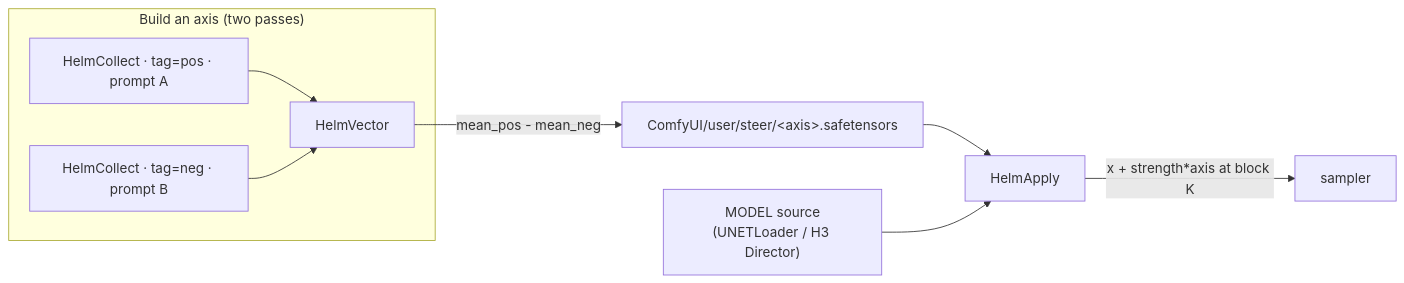
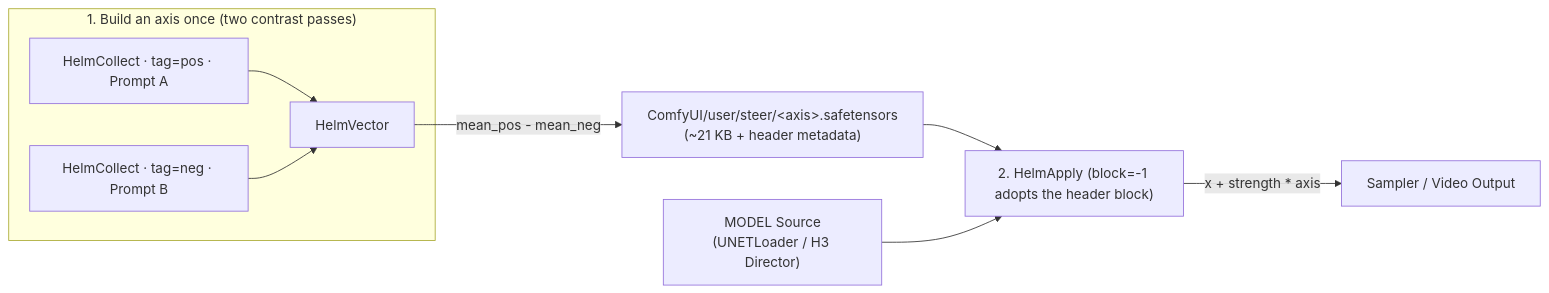
Before and after one commit to U-N-B-R-A-N-D-E-D/comfyui-helm: the diagram in README.md, drawn with Mermaid. The commit also changed other lines of this file and 14 other files, not shown here.

````diff
--- a/README.md
+++ b/README.md
@@ -65,11 +88,11 @@
 ```mermaid
 flowchart LR
-  subgraph collect["Build an axis (two passes)"]
-    A["HelmCollect · tag=pos · prompt A"] --> V["HelmVector"]
-    B["HelmCollect · tag=neg · prompt B"] --> V
+  subgraph collect["1. Build an axis once (two contrast passes)"]
+    A["HelmCollect · tag=pos · Prompt A"] --> V["HelmVector"]
+    B["HelmCollect · tag=neg · Prompt B"] --> V
   end
-  V -- "mean_pos - mean_neg" --> F["ComfyUI/user/steer/&lt;axis&gt;.safetensors"]
-  F --> AP["HelmApply"]
-  M["MODEL source<br/>(UNETLoader / H3 Director)"] --> AP
-  AP -- "x + strength*axis at block K" --> S["sampler"]
+  V -- "mean_pos - mean_neg" --> F["ComfyUI/user/steer/&lt;axis&gt;.safetensors<br/>(~21 KB + header metadata)"]
+  F --> AP["2. HelmApply (block=-1 adopts the header block)"]
+  M["MODEL Source<br/>(UNETLoader / H3 Director)"] --> AP
+  AP -- "x + strength * axis" --> S["Sampler / Video Output"]
 ```
````
